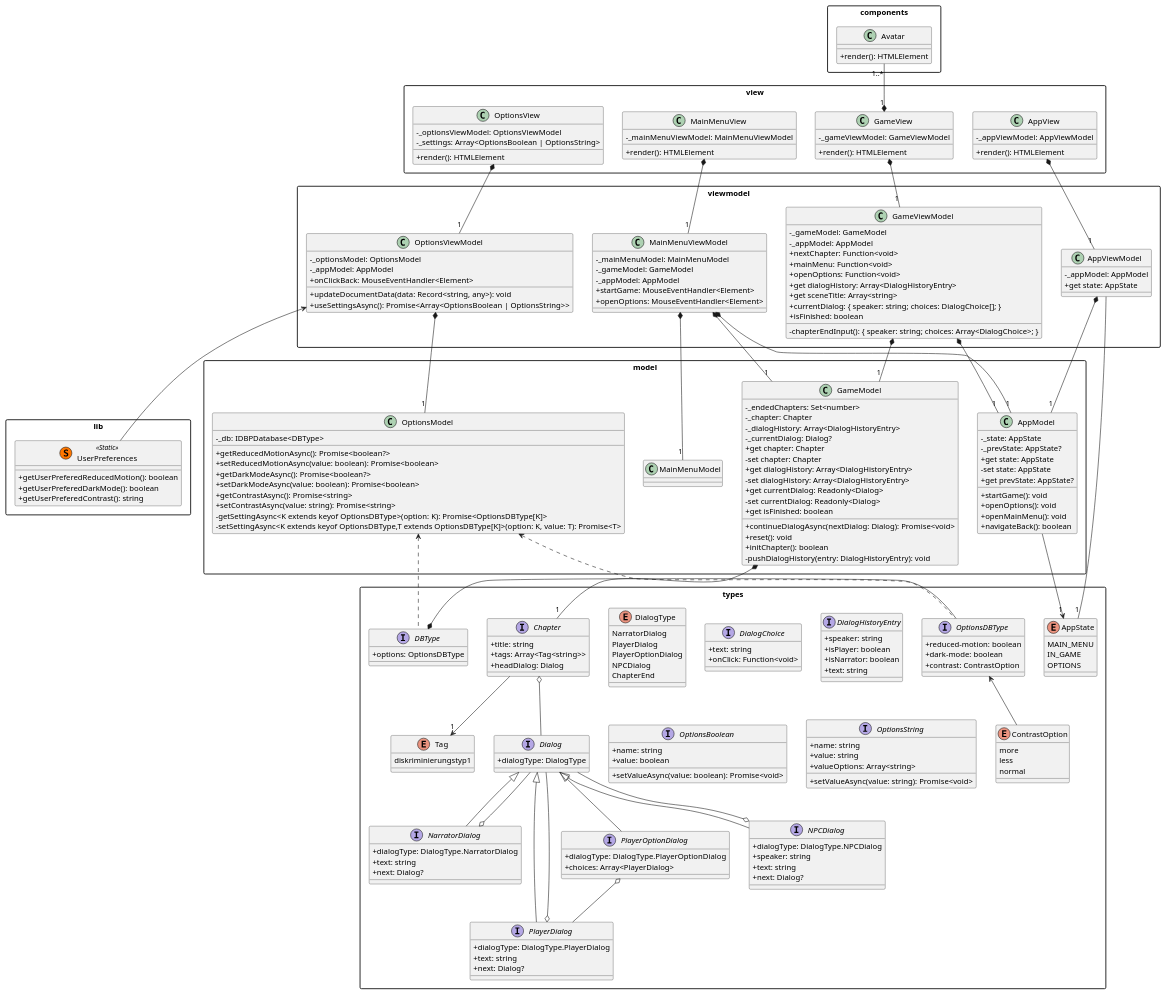
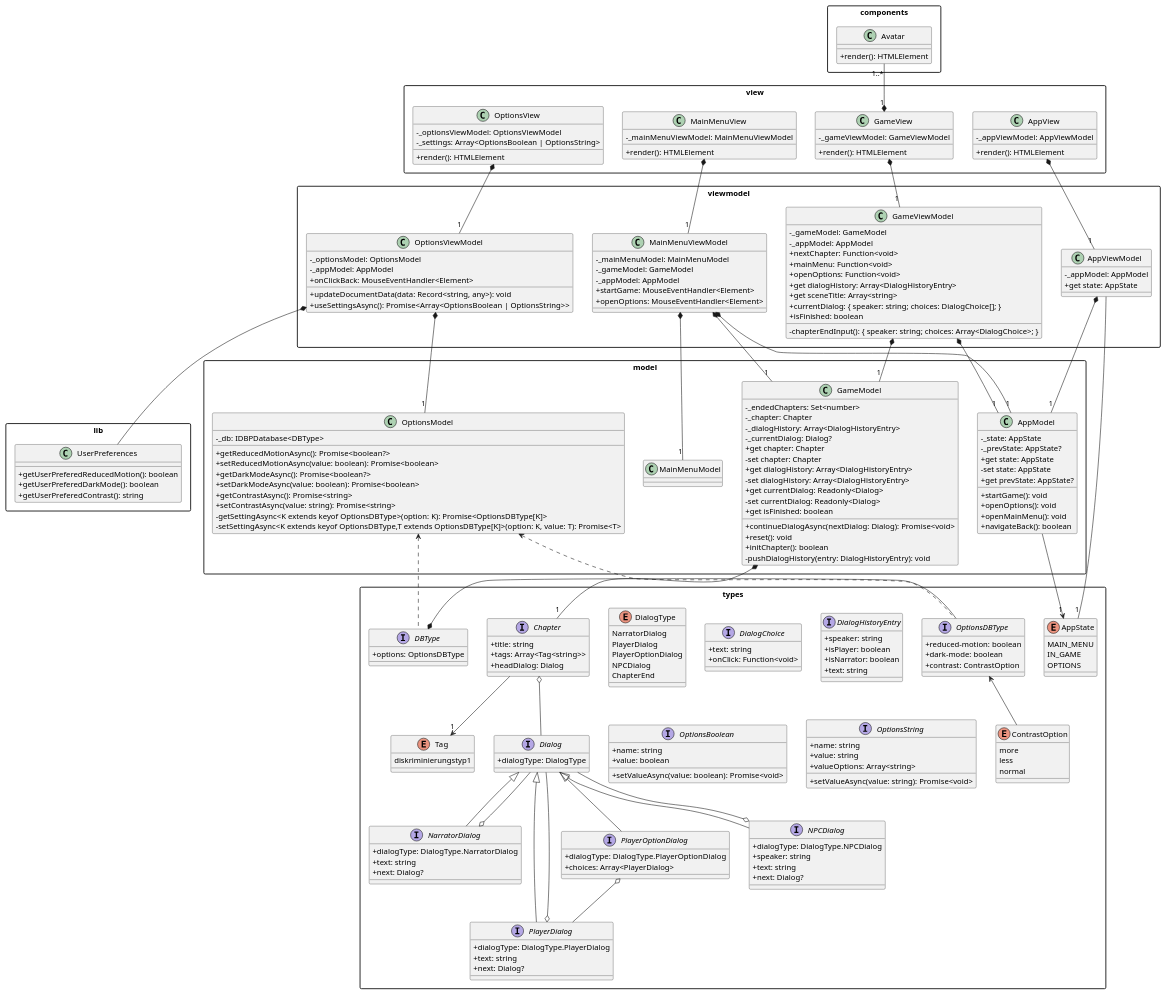
One commit to HHN-SEB-2022-23/allybi changed the diagram in uml/ClassDiagram.puml. Above: the diagram before and after it, drawn with PlantUML. The commit also changed 4 other files, not shown here.

Commit message:
UserPreferences DI

```diff
--- a/uml/ClassDiagram.puml
+++ b/uml/ClassDiagram.puml
@@ -3,7 +3,7 @@
 skinparam packageStyle rectangle
 
 package lib {
-    class UserPreferences << (S,#FF7700) Static >> {
+    class UserPreferences {
         +getUserPreferedReducedMotion(): boolean
         +getUserPreferedDarkMode(): boolean
         +getUserPreferedContrast(): string
@@ -210,7 +210,7 @@
         +useSettingsAsync(): Promise<Array<OptionsBoolean | OptionsString>>
     }
     OptionsViewModel *-- "1" OptionsModel
-    UserPreferences -up-> OptionsViewModel
+    UserPreferences -up-* OptionsViewModel
 }
 
 package view {
```
